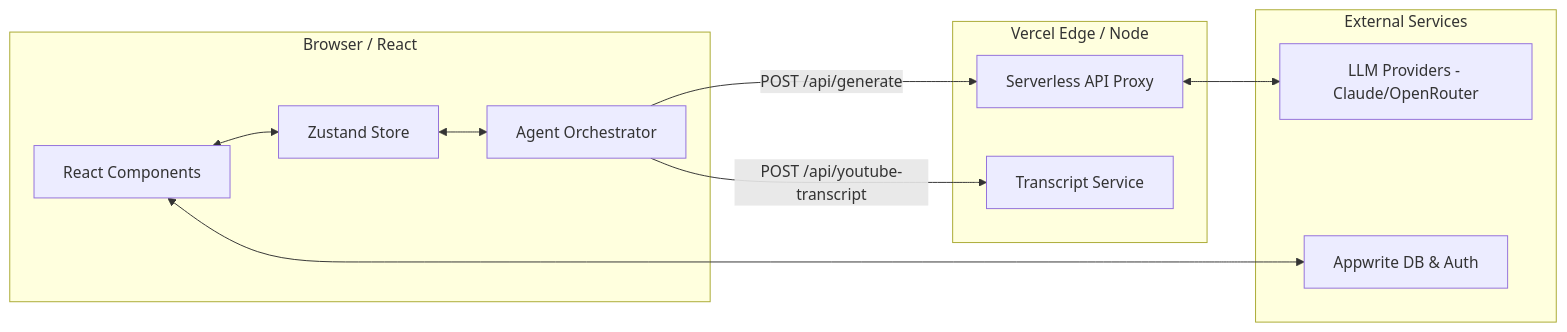
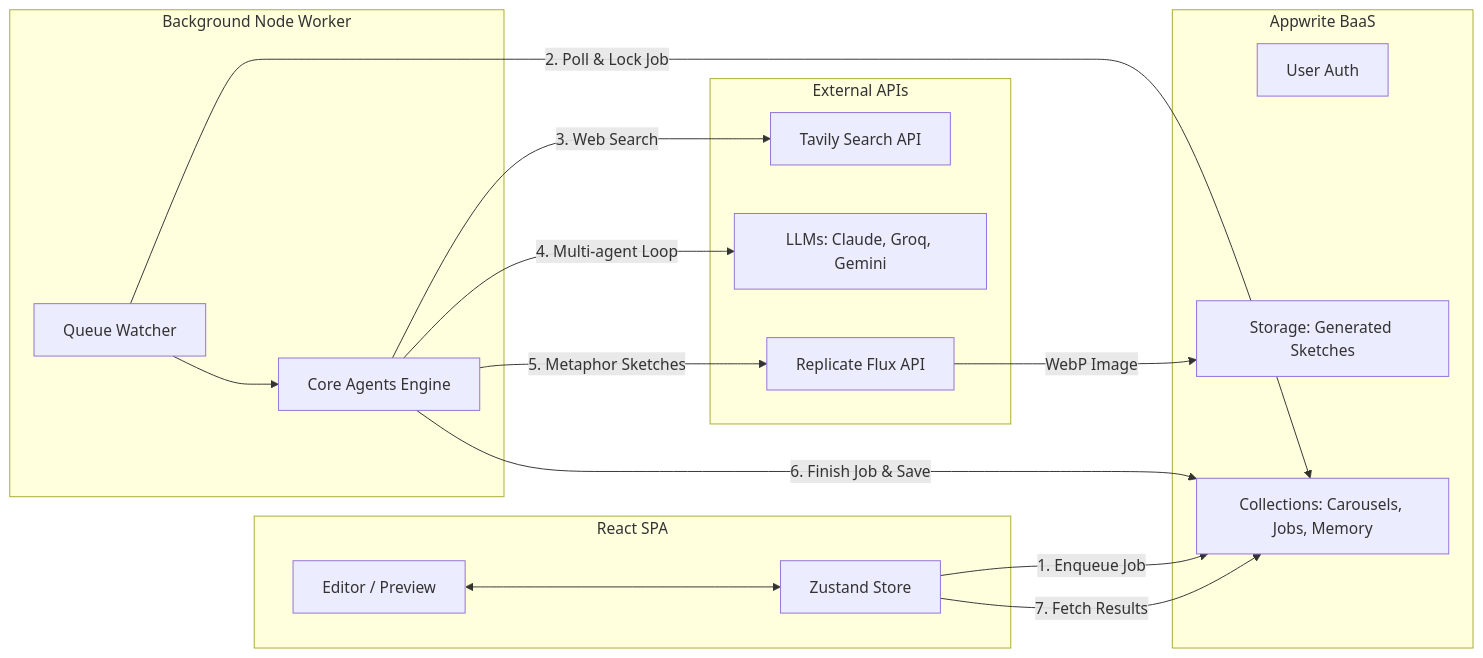
Before and after one commit to ali050786/agentic-car: the first of 2 diagrams in TECHNICAL_DEEP_DIVE.md, drawn with Mermaid. The commit also changed other lines of this file and 22 other files, not shown here.

````diff
--- a/TECHNICAL_DEEP_DIVE.md
+++ b/TECHNICAL_DEEP_DIVE.md
@@ -10,25 +13,35 @@
 ```mermaid
 graph LR
-    subgraph Client [Browser / React]
-        UI[React Components]
+    subgraph Client [React SPA]
+        UI[Editor / Preview]
         Store[Zustand Store]
-        Agent[Agent Orchestrator]
     end
     
-    subgraph Backend [Vercel Edge / Node]
-        API[Serverless API Proxy]
-        Health[Transcript Service]
+    subgraph WorkerService [Background Node Worker]
+        Queue[Queue Watcher]
+        Agents[Core Agents Engine]
     end
     
-    subgraph External [External Services]
-        LLM[LLM Providers - Claude/OpenRouter]
-        DB[Appwrite DB & Auth]
+    subgraph StorageAuth [Appwrite BaaS]
+        Auth[User Auth]
+        DB[Collections: Carousels, Jobs, Memory]
+        Storage[Storage: Generated Sketches]
+    end
+
+    subgraph External [External APIs]
+        LLM[LLMs: Claude, Groq, Gemini]
+        Tavily[Tavily Search API]
+        Replicate[Replicate Flux API]
     end
 
     UI <--> Store
-    Store <--> Agent
-    Agent -- POST /api/generate --> API
-    API <--> LLM
-    UI <--> DB
-    Agent -- POST /api/youtube-transcript --> Health
+    Store -- 1. Enqueue Job --> DB
+    Queue -- 2. Poll & Lock Job --> DB
+    Queue --> Agents
+    Agents -- 3. Web Search --> Tavily
+    Agents -- 4. Multi-agent Loop --> LLM
+    Agents -- 5. Metaphor Sketches --> Replicate
+    Replicate -- WebP Image --> Storage
+    Agents -- 6. Finish Job & Save --> DB
+    Store -- 7. Fetch Results --> DB
 ```
````
